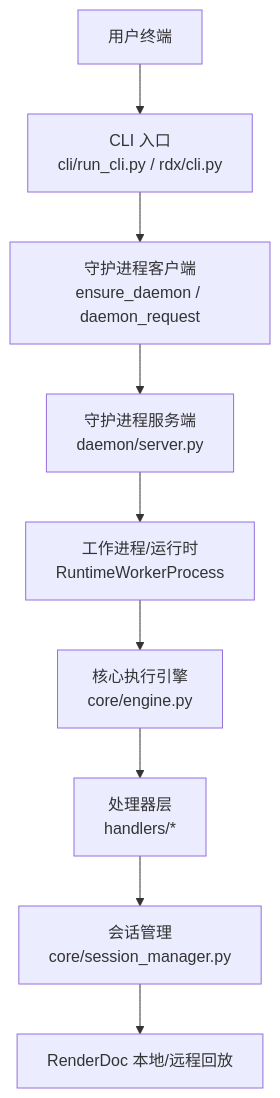
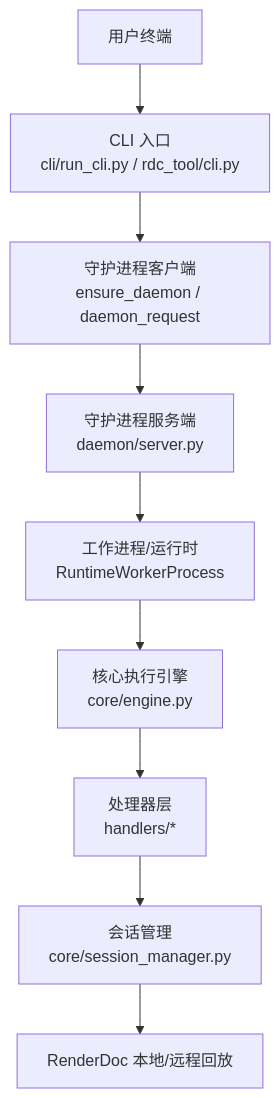
The first of 7 diagrams in .qoder/repowiki/zh/content/项目概述/项目概述.md (haolange/RDC-Tool), drawn with Mermaid before and after one commit. The commit also changed other lines of this file and 388 other files, not shown here.

First line of the commit message:
Release RDC-Tool identity and public maintenance surface

````diff
--- a/.qoder/repowiki/zh/content/项目概述/项目概述.md
+++ b/.qoder/repowiki/zh/content/项目概述/项目概述.md
@@ -54,11 +56,11 @@
 ```mermaid
 graph TB
-A["用户终端"] --> B["CLI 入口<br/>cli/run_cli.py / rdx/cli.py"]
+A["用户终端"] --> B["CLI 入口<br/>cli/run_cli.py / rdc_tool/cli.py"]
 B --> C["守护进程客户端<br/>ensure_daemon / daemon_request"]
 C --> D["守护进程服务端<br/>daemon/server.py"]
 D --> E["工作进程/运行时<br/>RuntimeWorkerProcess"]
 E --> F["核心执行引擎<br/>core/engine.py"]
 F --> G["处理器层<br/>handlers/*"]
 G --> H["会话管理<br/>core/session_manager.py"]
 H --> I["RenderDoc 本地/远程回放"]
 ```
````
